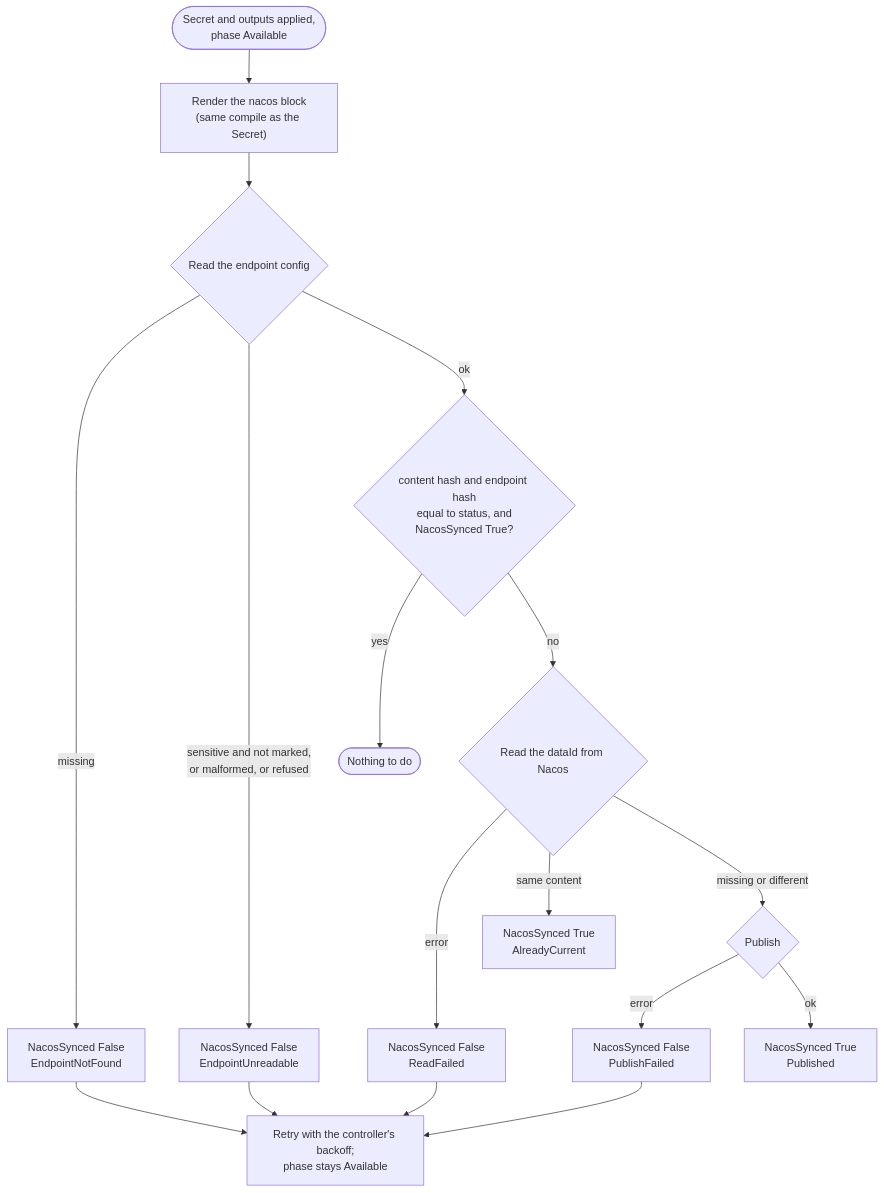
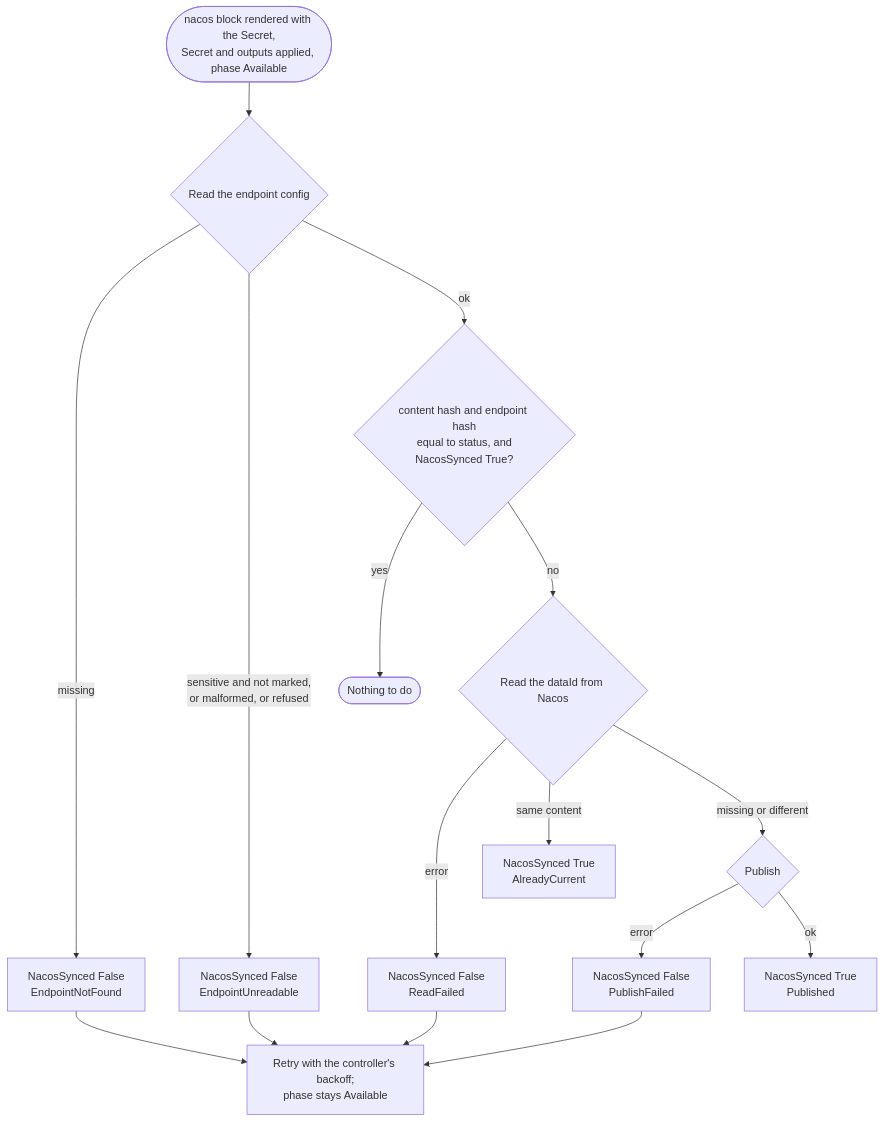
One commit to kubevela/kubevela changed the diagram in design/vela-core/keps/2.18-config-crds/design/06-nacos-expanded-writer.md. Above: the diagram before and after it, drawn with Mermaid. The commit also changed other lines of this file and 9 other files, not shown here.

````diff
--- a/design/vela-core/keps/2.18-config-crds/design/06-nacos-expanded-writer.md
+++ b/design/vela-core/keps/2.18-config-crds/design/06-nacos-expanded-writer.md
@@ -48,19 +50,18 @@
 ```mermaid
 flowchart TD
-    start(["Secret and outputs applied,<br/>phase Available"]) --> render["Render the nacos block<br/>(same compile as the Secret)"]
-    render --> ep{"Read the endpoint config"}
+    start(["nacos block rendered with the Secret,<br/>Secret and outputs applied, phase Available"]) --> ep{"Read the endpoint config"}
     ep -- "missing" --> nf["NacosSynced False<br/>EndpointNotFound"]
     ep -- "sensitive and not marked,<br/>or malformed, or refused" --> ur["NacosSynced False<br/>EndpointUnreadable"]
     ep -- ok --> same{"content hash and endpoint hash<br/>equal to status, and<br/>NacosSynced True?"}
     same -- yes --> done(["Nothing to do"])
     same -- no --> read{"Read the dataId from Nacos"}
     read -- error --> rf["NacosSynced False<br/>ReadFailed"]
     read -- "same content" --> cur["NacosSynced True<br/>AlreadyCurrent"]
     read -- "missing or different" --> pub{"Publish"}
     pub -- error --> pf["NacosSynced False<br/>PublishFailed"]
     pub -- ok --> ok["NacosSynced True<br/>Published"]
     nf --> retry["Retry with the controller's backoff;<br/>phase stays Available"]
     ur --> retry
     rf --> retry
     pf --> retry
 ```
````
